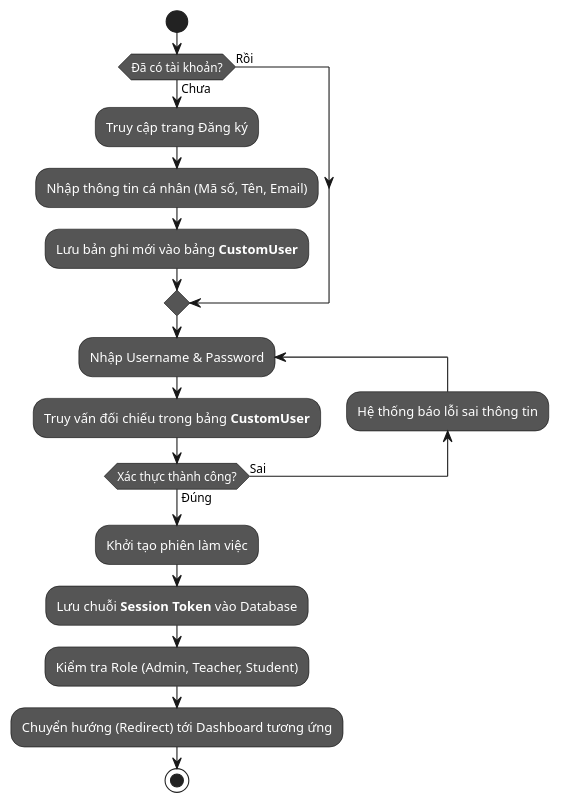
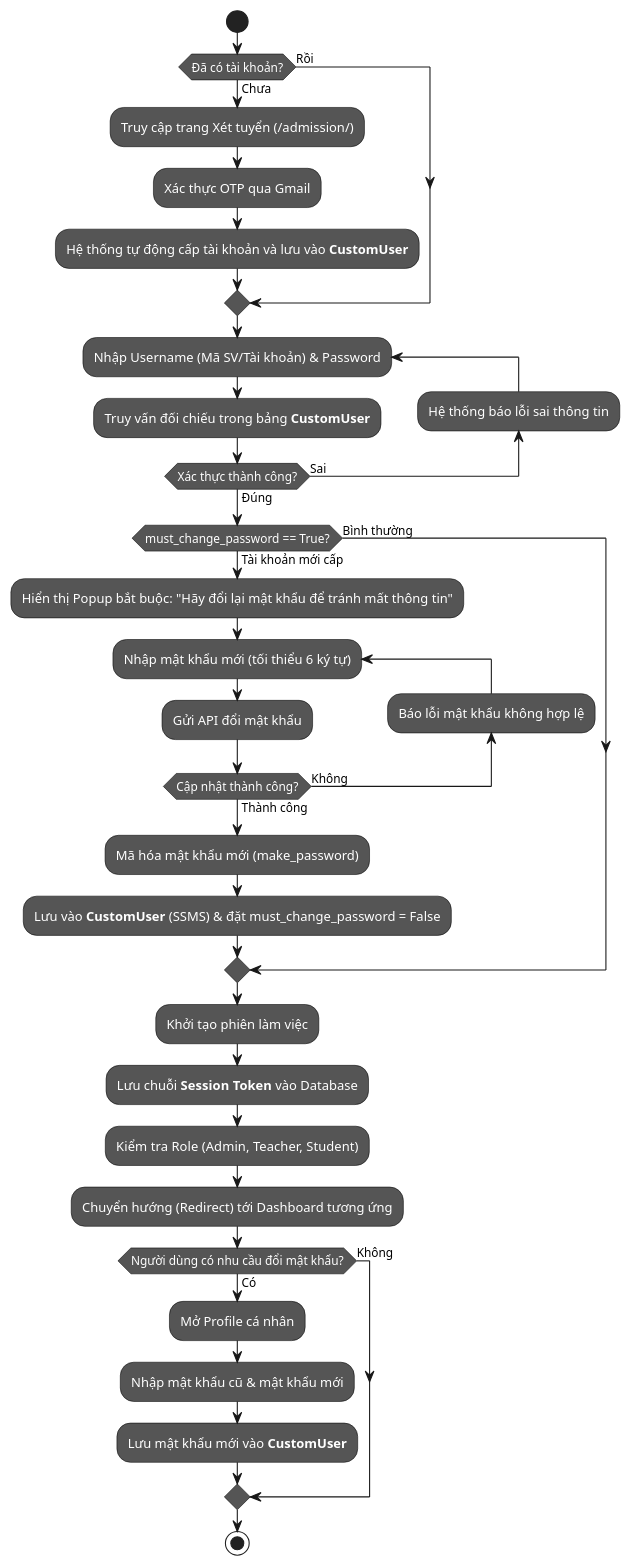
Before and after one commit to NguyenHao1312/DO_NGUYEN_HAO-24CT1-CNPM: the first of 5 diagrams in docs/ActivityDiagram.md, drawn with PlantUML. The commit also changed other lines of this file and 28 other files, not shown here.

First line of the commit message:
feat(admission): implement online admission portal, gmail otp, student id issuance & password change flow

````diff
--- a/docs/ActivityDiagram.md
+++ b/docs/ActivityDiagram.md
@@ -10,32 +10,51 @@
 ```plantuml
 @startuml
 skinparam activity {
   BackgroundColor #555555
   FontColor White
   BorderColor Black
 }
 skinparam activityDiamond {
   BackgroundColor #555555
   FontColor White
   BorderColor Black
 }
 start
 if (Đã có tài khoản?) then (Chưa)
-  :Truy cập trang Đăng ký;
-  :Nhập thông tin cá nhân (Mã số, Tên, Email);
-  :Lưu bản ghi mới vào bảng **CustomUser**;
+  :Truy cập trang Xét tuyển (/admission/);
+  :Xác thực OTP qua Gmail;
+  :Hệ thống tự động cấp tài khoản và lưu vào **CustomUser**;
 else (Rồi)
 endif
 
-repeat :Nhập Username & Password;
+repeat :Nhập Username (Mã SV/Tài khoản) & Password;
   :Truy vấn đối chiếu trong bảng **CustomUser**;
 backward:Hệ thống báo lỗi sai thông tin;
 repeat while (Xác thực thành công?) is (Sai) not (Đúng)
+
+if (must_change_password == True?) then (Tài khoản mới cấp)
+  :Hiển thị Popup bắt buộc: "Hãy đổi lại mật khẩu để tránh mất thông tin";
+  repeat :Nhập mật khẩu mới (tối thiểu 6 ký tự);
+    :Gửi API đổi mật khẩu;
+  backward:Báo lỗi mật khẩu không hợp lệ;
+  repeat while (Cập nhật thành công?) is (Không) not (Thành công)
+  :Mã hóa mật khẩu mới (make_password);
+  :Lưu vào **CustomUser** (SSMS) & đặt must_change_password = False;
+else (Bình thường)
+endif
 
 :Khởi tạo phiên làm việc;
 :Lưu chuỗi **Session Token** vào Database;
 :Kiểm tra Role (Admin, Teacher, Student);
 :Chuyển hướng (Redirect) tới Dashboard tương ứng;
+
+if (Người dùng có nhu cầu đổi mật khẩu?) then (Có)
+  :Mở Profile cá nhân;
+  :Nhập mật khẩu cũ & mật khẩu mới;
+  :Lưu mật khẩu mới vào **CustomUser**;
+else (Không)
+endif
+
 stop
 @enduml
 ```
````
